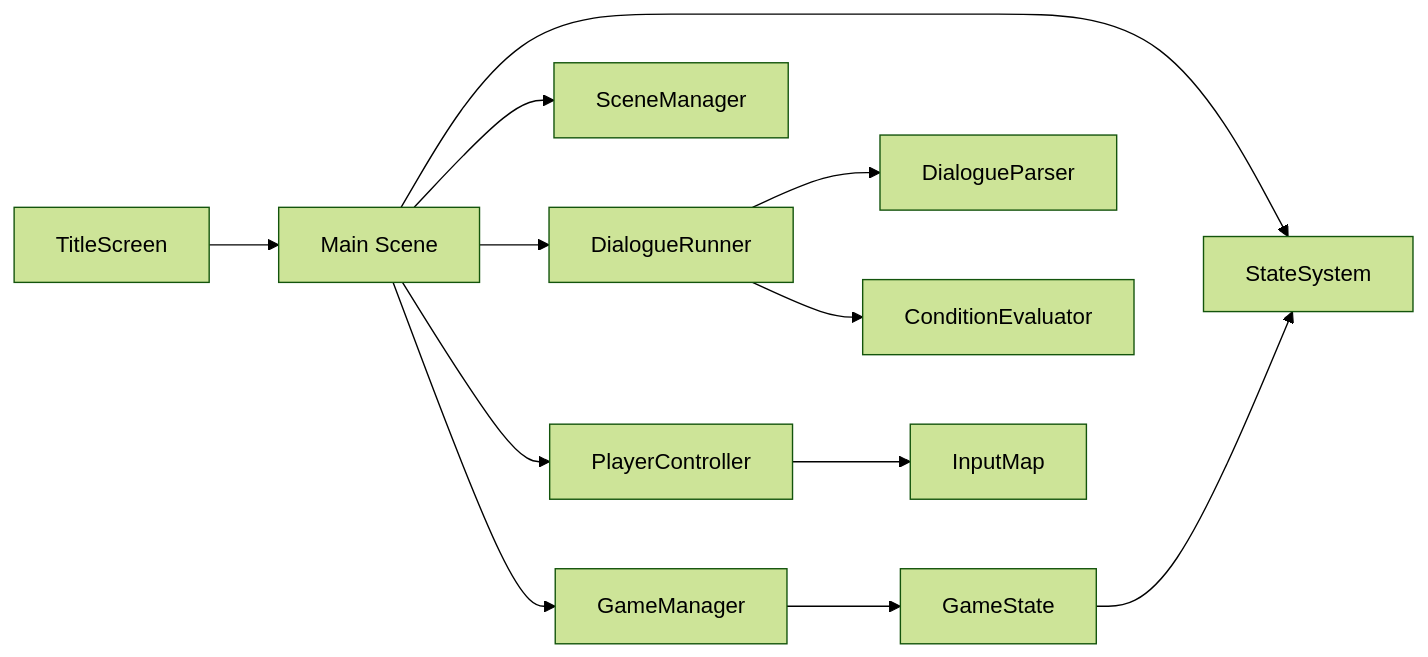
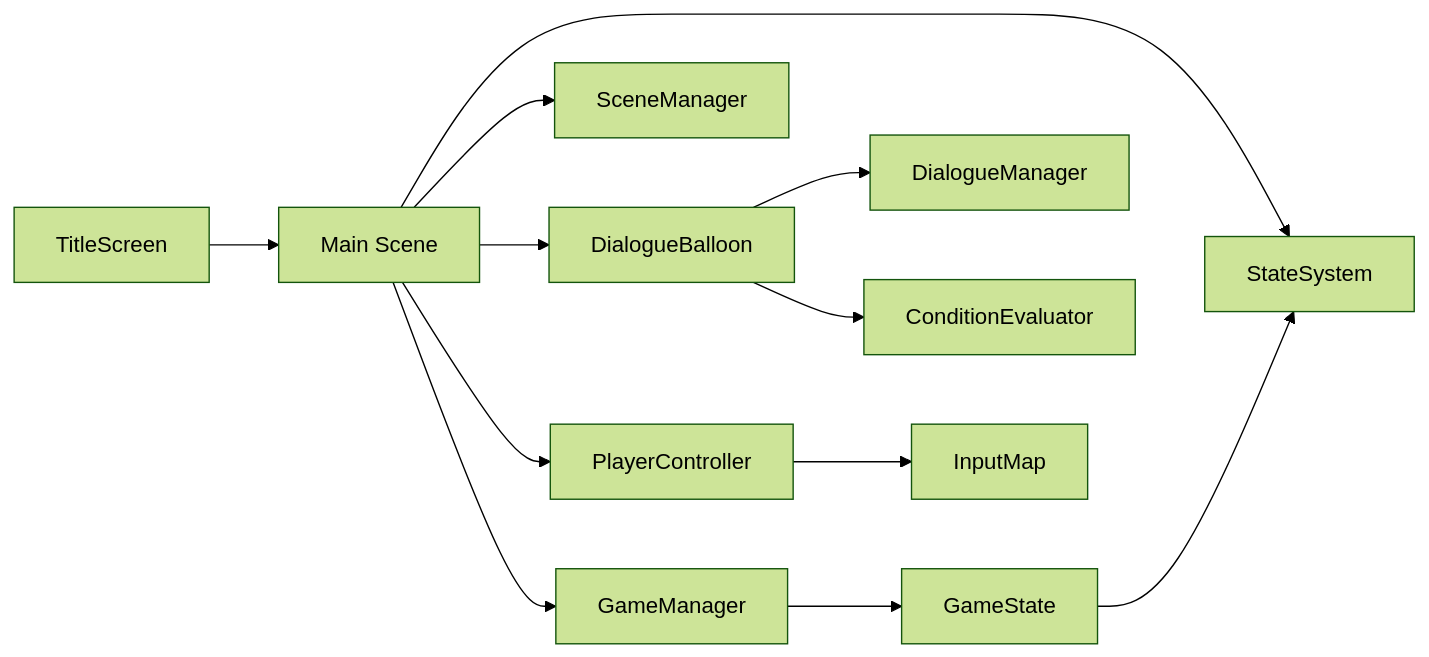
Before and after one commit to devvi/agent-game-test: the diagram in docs/PROJECT.md, drawn with Mermaid (forest theme). The commit also changed other lines of this file and 134 other files, not shown here.

First line of the commit message:
feat: integrate godot_dialogue_manager dialogue engine (#215)

````diff
--- a/docs/PROJECT.md
+++ b/docs/PROJECT.md
@@ -19,14 +19,14 @@
 ```mermaid
 flowchart LR
     TS[TitleScreen] --> MS[Main Scene]
     MS --> GM[GameManager]
     MS --> SS[StateSystem]
     MS --> SM[SceneManager]
-    MS --> DR[DialogueRunner]
+    MS --> DB[DialogueBalloon]
     MS --> PC[PlayerController]
     GM --> GS[GameState]
     GS --> SS
-    DR --> DP[DialogueParser]
-    DR --> CE[ConditionEvaluator]
+    DB --> DM[DialogueManager]
+    DB --> CE[ConditionEvaluator]
     PC --> Input[InputMap]
 ```
````
